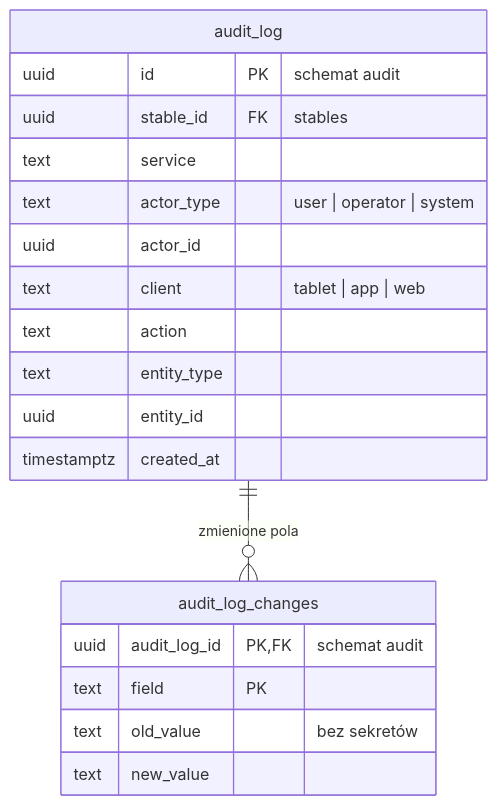
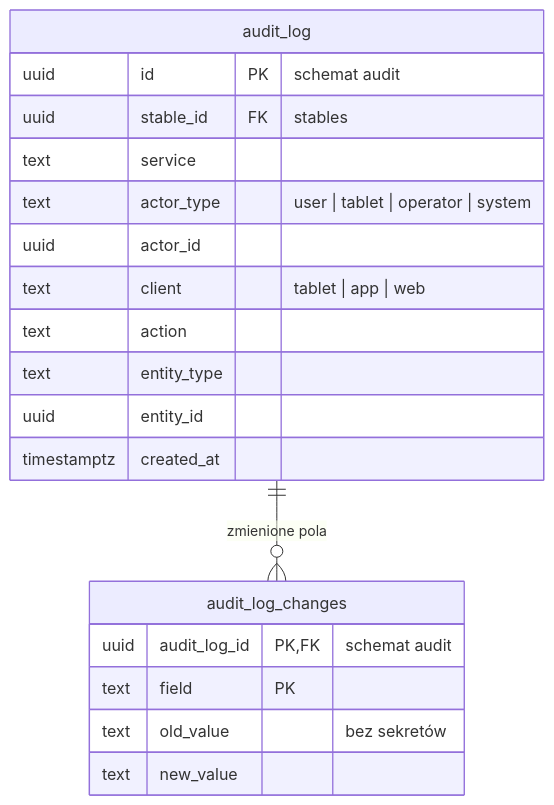
The second of 2 diagrams in docs/erd.md (ClewlerStudent/KonskaAppka), drawn with Mermaid before and after one commit. The commit also changed other lines of this file and 3 other files, not shown here.

First line of the commit message:
ERD: akcje z tabletu bez przypisania do zalogowanej osoby

````diff
--- a/docs/erd.md
+++ b/docs/erd.md
@@ -773,22 +774,22 @@
 ```mermaid
 erDiagram
     audit_log {
         uuid id PK "schemat audit"
         uuid stable_id FK "stables"
         text service
-        text actor_type "user | operator | system"
+        text actor_type "user | tablet | operator | system"
         uuid actor_id
         text client "tablet | app | web"
         text action
         text entity_type
         uuid entity_id
         timestamptz created_at
     }
     audit_log_changes {
         uuid audit_log_id PK, FK "schemat audit"
         text field PK
         text old_value "bez sekretów"
         text new_value
     }
     audit_log ||--o{ audit_log_changes : "zmienione pola"
 ```
````
